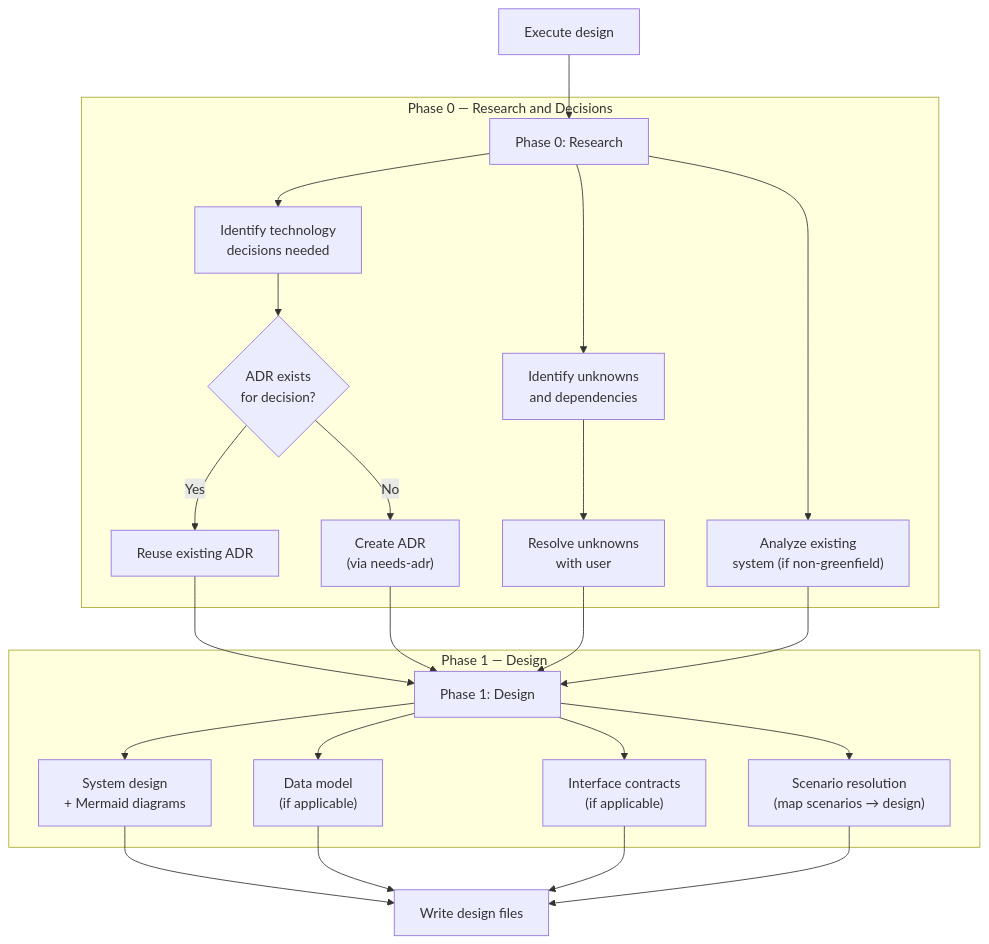
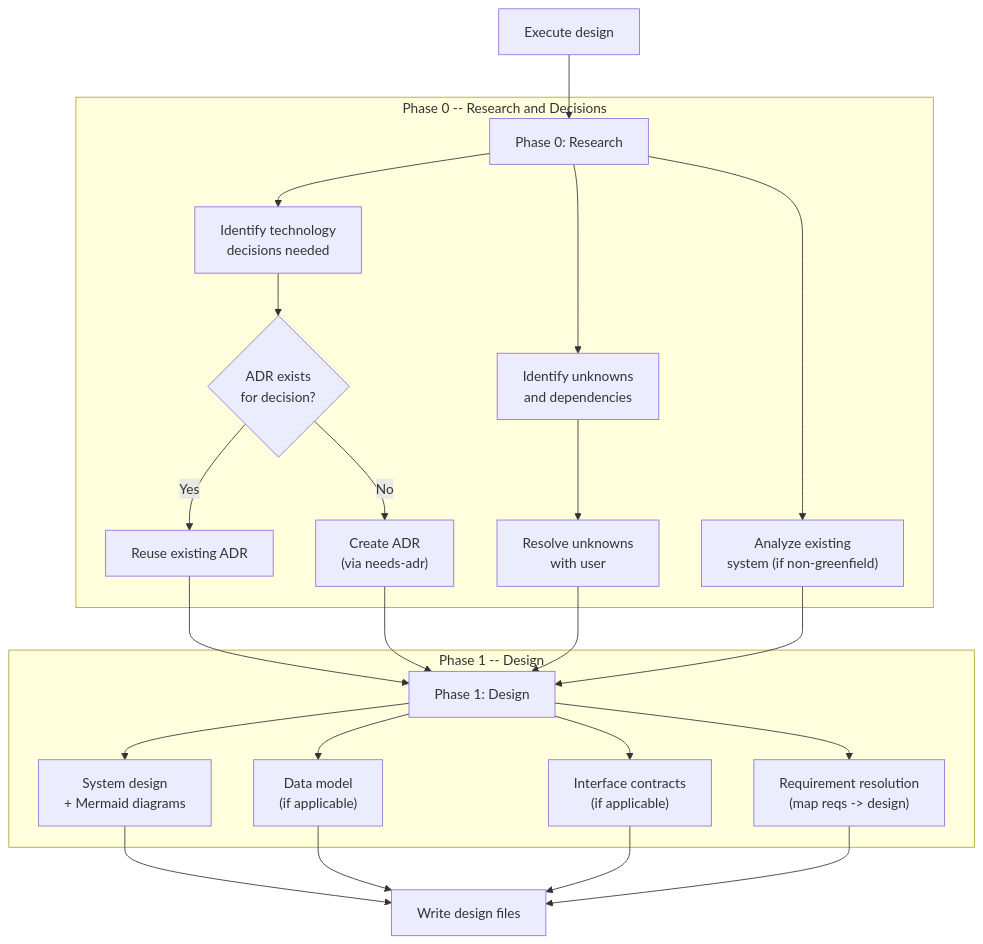
Before and after one commit to provenimpact/proven-capability: the first of 2 diagrams in skills/needs-design/SKILL.md, drawn with Mermaid. The commit also changed other lines of this file and 20 other files, not shown here.

````diff
--- a/skills/needs-design/SKILL.md
+++ b/skills/needs-design/SKILL.md
@@ -83,34 +82,34 @@
 ```mermaid
 flowchart TD
     START["Execute design"] --> P0["Phase 0: Research"]
 
-    subgraph phase0 ["Phase 0 — Research and Decisions"]
+    subgraph phase0 ["Phase 0 -- Research and Decisions"]
         P0 --> TECH["Identify technology<br/>decisions needed"]
         P0 --> UNKN["Identify unknowns<br/>and dependencies"]
         P0 --> EXIST["Analyze existing<br/>system (if non-greenfield)"]
 
         TECH --> ADR{"ADR exists<br/>for decision?"}
         ADR -->|Yes| REUSE["Reuse existing ADR"]
         ADR -->|No| CREATE["Create ADR<br/>(via needs-adr)"]
 
         UNKN --> RESOLVE["Resolve unknowns<br/>with user"]
     end
 
     REUSE --> P1
     CREATE --> P1
     RESOLVE --> P1
     EXIST --> P1
 
     P1["Phase 1: Design"]
-    subgraph phase1 ["Phase 1 — Design"]
+    subgraph phase1 ["Phase 1 -- Design"]
         P1 --> SYS["System design<br/>+ Mermaid diagrams"]
         P1 --> DATA["Data model<br/>(if applicable)"]
         P1 --> IFACE["Interface contracts<br/>(if applicable)"]
-        P1 --> SCENRES["Scenario resolution<br/>(map scenarios → design)"]
+        P1 --> REQRES["Requirement resolution<br/>(map reqs -> design)"]
     end
 
     SYS --> WRITE["Write design files"]
     DATA --> WRITE
     IFACE --> WRITE
-    SCENRES --> WRITE
+    REQRES --> WRITE
 ```
````
